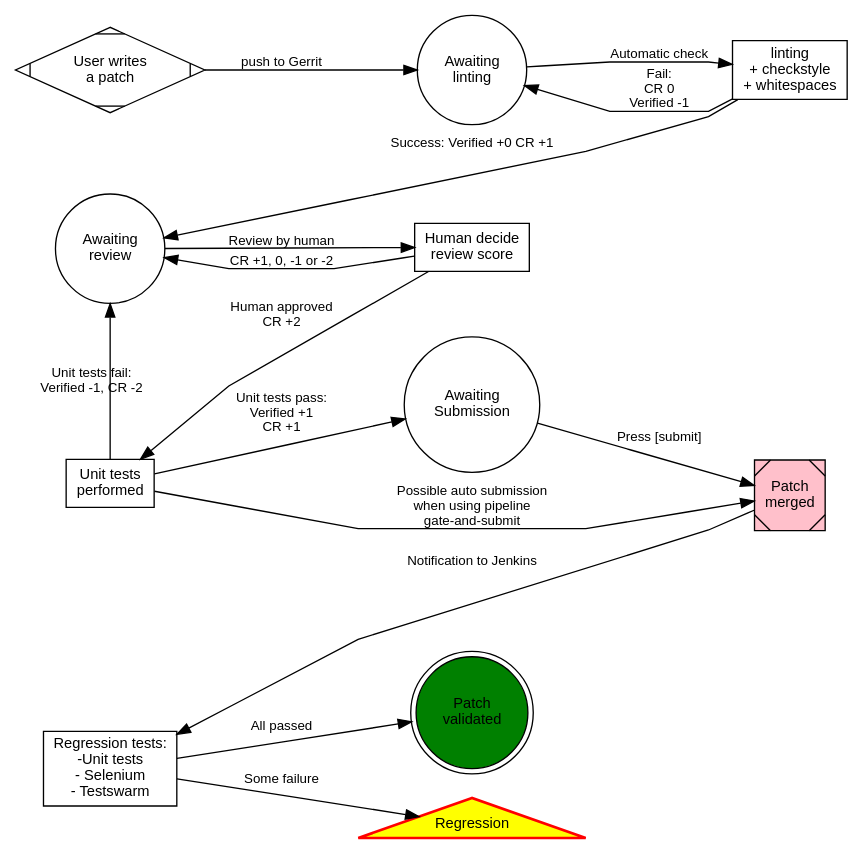
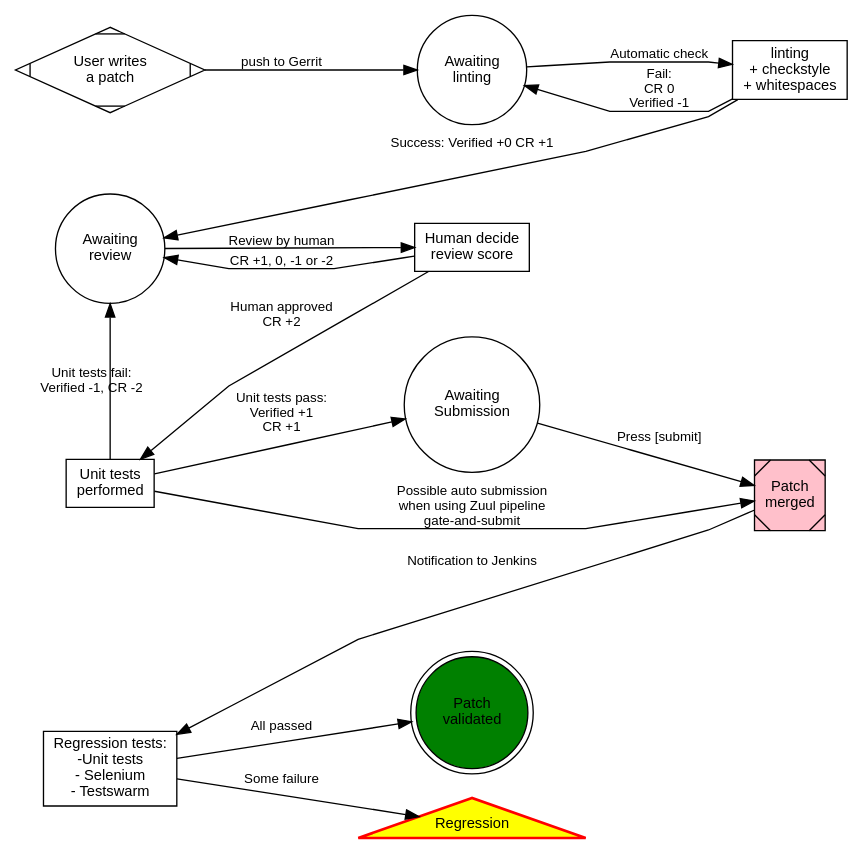
Before and after one commit to wikimedia/integration-doc: the diagram in workflow/workflow.dot, drawn with Graphviz. The commit also changed 1 other file, not shown here.

Commit message:
mention pipeline is from Zuul

```diff
--- a/workflow/workflow.dot
+++ b/workflow/workflow.dot
@@ -1,69 +1,69 @@
 digraph ci_workflow {
 
 	graph [ fontname=Arial, fontsize=12, splines=polyline ]
 	node  [ fontname=Arial, fontsize=11 ]
 	edge  [ fontname=Arial, fontsize=10 ]
 
 	// From left to right
     rankdir=LR;
 	// Default shape
 	node [shape = circle];
 
 	START [shape=Mdiamond label = "User writes\na patch" ];
 	WAIT_LINT   [ label = "Awaiting\nlinting" ];
 	START -> WAIT_LINT [ label = "push to Gerrit" ]
 
 	WAIT_LINT -> LINT_CHECK [ label = "Automatic check" ];
 
 	LINT_CHECK  [ shape=rect label = "linting\n+ checkstyle\n+ whitespaces" ];
 	LINT_CHECK -> WAIT_LINT [ label = "Fail:\nCR 0\nVerified -1" ];
 	LINT_CHECK -> LINTED [ label = "Success: Verified +0 CR +1" constraint=false ];
 
 	LINTED [ label = "Awaiting\nreview" ];
 
 	REVIEW [ shape=rect label = "Human decide\nreview score" ];
 	LINTED -> REVIEW [ label = "Review by human" ];
 	REVIEW -> LINTED [ label = "CR +1, 0, -1 or -2" ];
 
 	UNIT_TESTS [ shape=rect label = "Unit tests\nperformed" ];
 	REVIEW -> UNIT_TESTS [ label = "Human approved\nCR +2" constraint=false];
 
 	UNIT_TESTS -> LINTED [ label = "Unit tests fail:\nVerified -1, CR -2" constraint=false];
 
 	UNIT_TESTS -> WAIT_SUBMIT [ label = "Unit tests pass:\nVerified +1\nCR +1" ];
 
 	PATCH_MERGED [
 		shape=Msquare
 		label = "Patch\nmerged"
 		style="filled"
 		fillcolor="pink"
 	];
 
 	WAIT_SUBMIT -> PATCH_MERGED [ label = "Press [submit]" ];
 	WAIT_SUBMIT [ label ="Awaiting\nSubmission" ];
 
-	UNIT_TESTS -> PATCH_MERGED [ label = "Possible auto submission\nwhen using pipeline\ngate-and-submit"];
+	UNIT_TESTS -> PATCH_MERGED [ label = "Possible auto submission\nwhen using Zuul pipeline\ngate-and-submit"];
 
 	REGRESSION_TESTS [
 		shape=rect
 		label="Regression tests:\n-Unit tests\n- Selenium\n- Testswarm"
 	];
 	PATCH_MERGED -> REGRESSION_TESTS [ label="Notification to Jenkins" constraint=false ];
 
 	SUCCESS [
 		label="Patch\nvalidated"
 		shape=doublecircle
 		style="filled"
 		fillcolor="green"
 	];
 	REGRESSION_TESTS -> SUCCESS [ label="All passed" ];
 
 	REGRESSION [
 		label="Regression"
 		shape=triangle
 		style="filled,bold"
 		fillcolor="yellow"
 		color="red"
 	];
 	REGRESSION_TESTS -> REGRESSION [ label="Some failure" ];
 }
```
